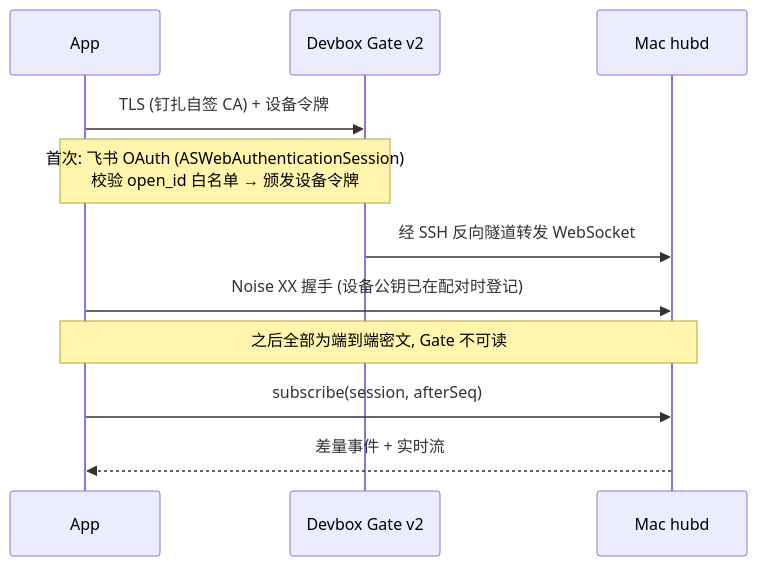
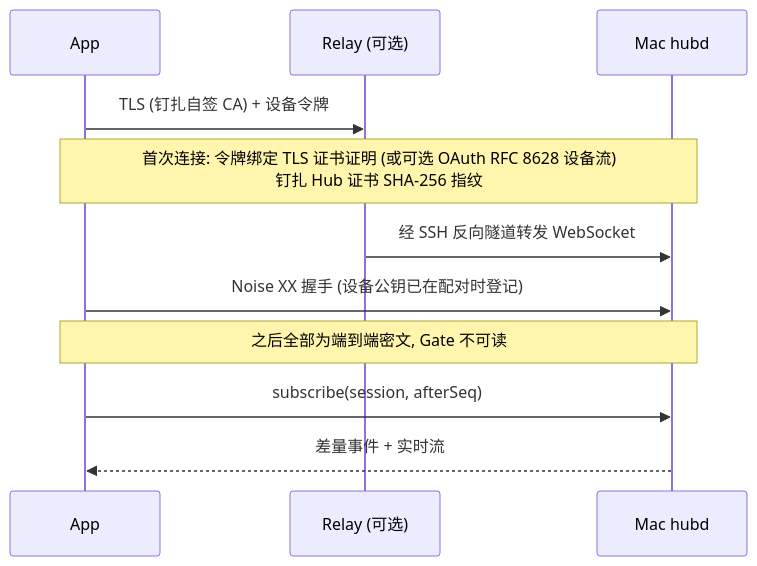
One commit to letrahoo/lework changed the fifth of 6 diagrams in docs/PLAN.md. Above: the diagram before and after it, drawn with Mermaid. The commit also changed other lines of this file and 52 other files, not shown here.

Commit message:
refactor: unify dev.lework / @lework/* naming and abstract pluggable RFC 8628 OAuth device flow

````diff
--- a/docs/PLAN.md
+++ b/docs/PLAN.md
@@ -324,13 +324,13 @@
 ```mermaid
 sequenceDiagram
     participant App
-    participant Gate as Devbox Gate v2
+    participant Gate as Relay (可选)
     participant Hub as Mac hubd
     App->>Gate: TLS (钉扎自签 CA) + 设备令牌
-    Note over App,Gate: 首次: 飞书 OAuth (ASWebAuthenticationSession)<br/>校验 open_id 白名单 → 颁发设备令牌
+    Note over App,Hub: 首次连接: 令牌绑定 TLS 证书证明 (或可选 OAuth RFC 8628 设备流)<br/>钉扎 Hub 证书 SHA-256 指纹
     Gate->>Hub: 经 SSH 反向隧道转发 WebSocket
     App->>Hub: Noise XX 握手 (设备公钥已在配对时登记)
     Note over App,Hub: 之后全部为端到端密文, Gate 不可读
     App->>Hub: subscribe(session, afterSeq)
     Hub-->>App: 差量事件 + 实时流
 ```
````
